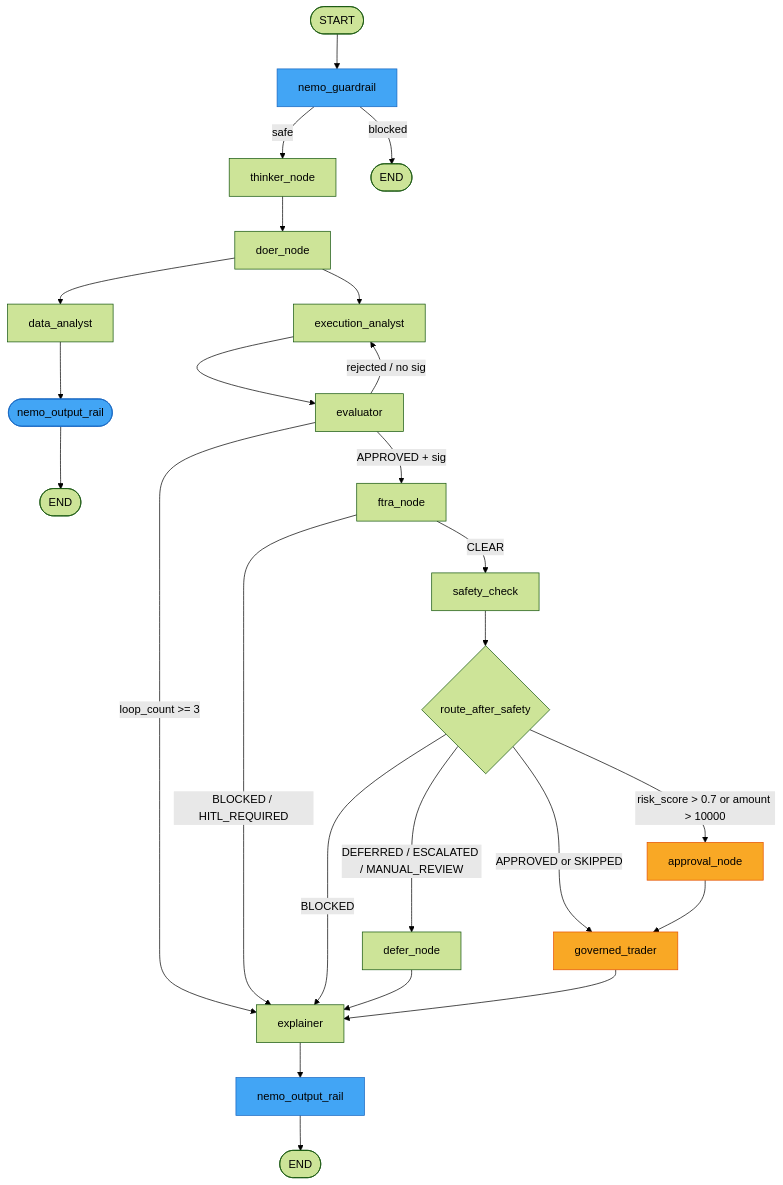
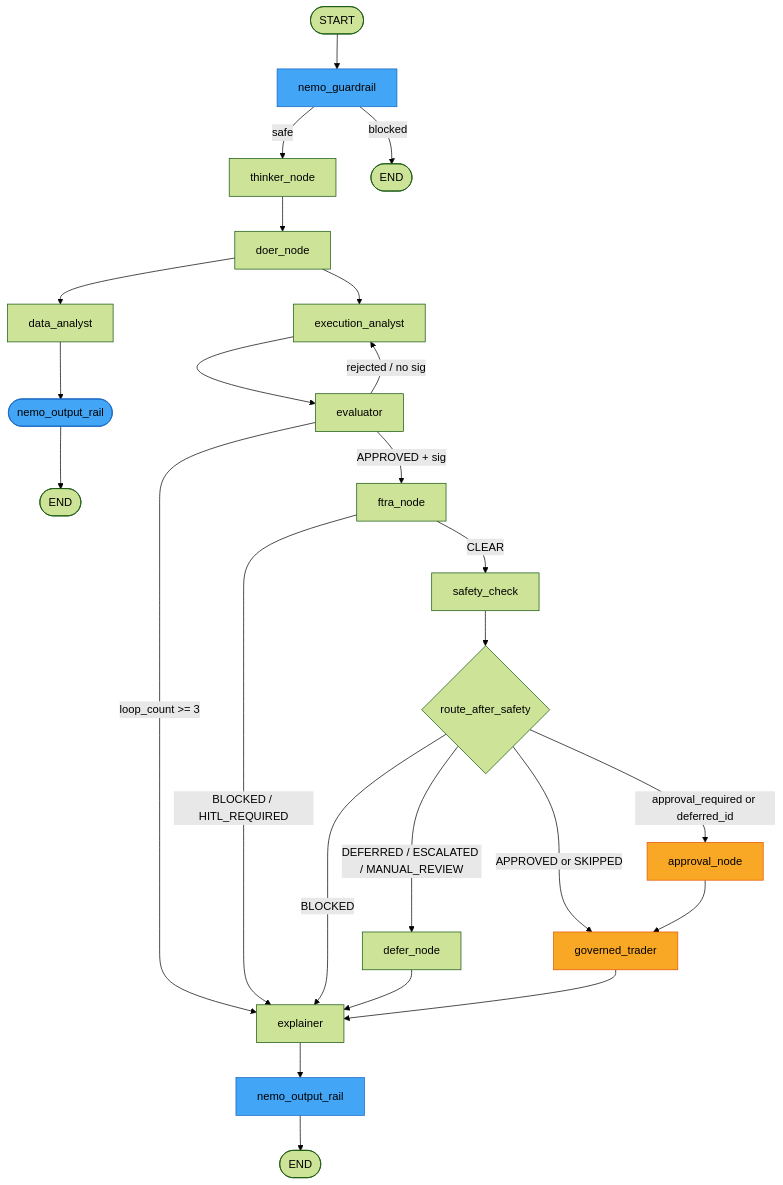
The diagram in docs/architecture/AGENT_SYSTEM_ARCHITECTURE.md (google/cybernetic-agent-governance-engine), drawn with Mermaid (forest theme) before and after one commit. The commit also changed other lines of this file and 19 other files, not shown here.

````diff
--- a/docs/architecture/AGENT_SYSTEM_ARCHITECTURE.md
+++ b/docs/architecture/AGENT_SYSTEM_ARCHITECTURE.md
@@ -127,33 +124,33 @@
 ```mermaid
 flowchart TD
     START([START]) --> nemo_guardrail
     nemo_guardrail -->|safe| thinker_node
     nemo_guardrail -->|blocked| END_BLOCK([END])
     thinker_node --> doer_node
     doer_node --> data_analyst
     data_analyst --> nemo_output_rail_da([nemo_output_rail])
     nemo_output_rail_da --> END_DA([END])
     doer_node --> execution_analyst
     execution_analyst --> evaluator
     evaluator -->|APPROVED + sig| ftra_node
     evaluator -->|loop_count >= 3| explainer
     evaluator -->|rejected / no sig| execution_analyst
     ftra_node -->|CLEAR| safety_check
     ftra_node -->|BLOCKED / HITL_REQUIRED| explainer
     safety_check --> route_after_safety{route_after_safety}
-    route_after_safety -->|risk_score > 0.7 or amount > 10000| approval_node
+    route_after_safety -->|approval_required or deferred_id| approval_node
     route_after_safety -->|APPROVED or SKIPPED| governed_trader
     route_after_safety -->|DEFERRED / ESCALATED / MANUAL_REVIEW| defer_node
     route_after_safety -->|BLOCKED| explainer
     approval_node --> governed_trader
     defer_node --> explainer
     governed_trader --> explainer
     explainer --> nemo_output_rail
     nemo_output_rail --> END([END])
 
     style nemo_guardrail fill:#42a5f5,stroke:#1565c0
     style nemo_output_rail fill:#42a5f5,stroke:#1565c0
     style nemo_output_rail_da fill:#42a5f5,stroke:#1565c0
     style approval_node fill:#f9a825,stroke:#e65100
     style governed_trader fill:#f9a825,stroke:#e65100
 ```
````
